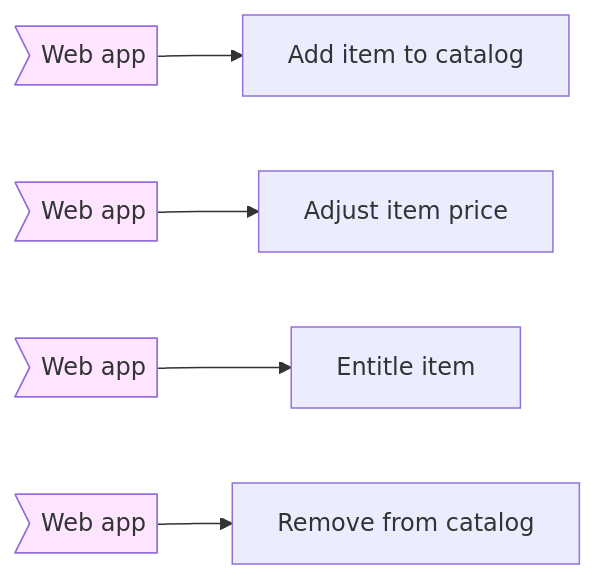
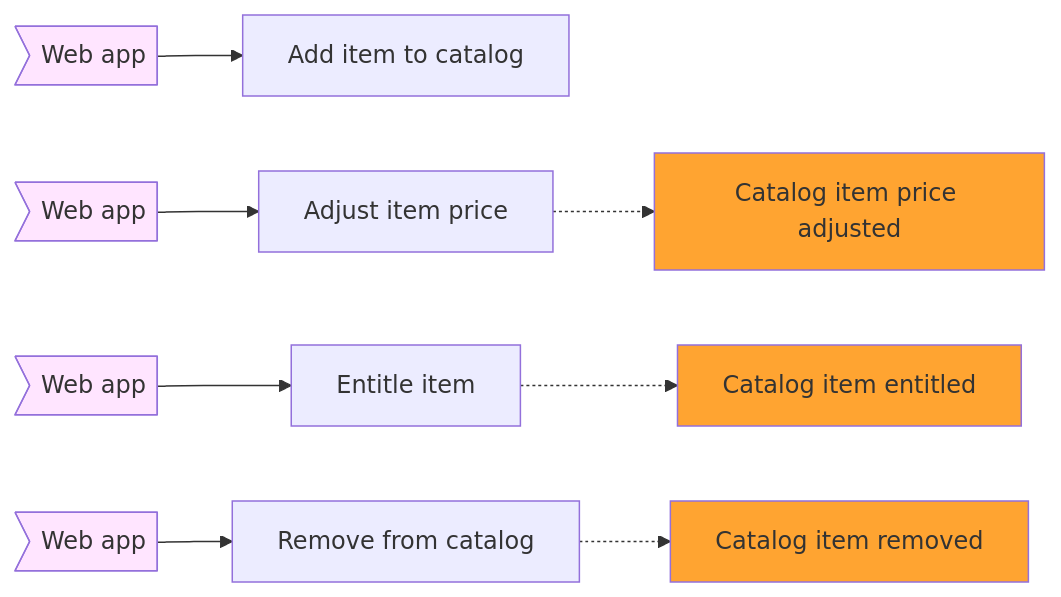
The second of 2 diagrams in src/SolutionExample/Example/bounded_context_canvas.md (pierregillon/BoundedContextCanvasGenerator), drawn with Mermaid before and after one commit. The commit also changed other lines of this file and 22 other files, not shown here.

````diff
--- a/src/SolutionExample/Example/bounded_context_canvas.md
+++ b/src/SolutionExample/Example/bounded_context_canvas.md
@@ -52,20 +59,30 @@
 ```mermaid
 flowchart LR
     classDef collaborators fill:#FFE5FF;
+    classDef domainEvents fill:#FFA431;
     CatalogApplicationItemsAddItemToCatalogCommand["Add item to catalog"]
     CatalogApplicationItemsAddItemToCatalogCommandWebAppCollaborator>"Web app"]
     class CatalogApplicationItemsAddItemToCatalogCommandWebAppCollaborator collaborators;
     CatalogApplicationItemsAdjustItemPriceCommand["Adjust item price"]
     CatalogApplicationItemsAdjustItemPriceCommandWebAppCollaborator>"Web app"]
     class CatalogApplicationItemsAdjustItemPriceCommandWebAppCollaborator collaborators;
+    CatalogDomainItemsEventsCatalogItemPriceAdjusted["Catalog item price adjusted"]
+    class CatalogDomainItemsEventsCatalogItemPriceAdjusted domainEvents;
     CatalogApplicationItemsEntitleItemCommand["Entitle item"]
     CatalogApplicationItemsEntitleItemCommandWebAppCollaborator>"Web app"]
     class CatalogApplicationItemsEntitleItemCommandWebAppCollaborator collaborators;
+    CatalogDomainItemsEventsCatalogItemEntitled["Catalog item entitled"]
+    class CatalogDomainItemsEventsCatalogItemEntitled domainEvents;
     CatalogApplicationItemsRemoveFromCatalogCommand["Remove from catalog"]
     CatalogApplicationItemsRemoveFromCatalogCommandWebAppCollaborator>"Web app"]
     class CatalogApplicationItemsRemoveFromCatalogCommandWebAppCollaborator collaborators;
+    CatalogDomainItemsEventsCatalogItemRemoved["Catalog item removed"]
+    class CatalogDomainItemsEventsCatalogItemRemoved domainEvents;
     CatalogApplicationItemsAddItemToCatalogCommandWebAppCollaborator --> CatalogApplicationItemsAddItemToCatalogCommand
     CatalogApplicationItemsAdjustItemPriceCommandWebAppCollaborator --> CatalogApplicationItemsAdjustItemPriceCommand
+    CatalogApplicationItemsAdjustItemPriceCommand -.-> CatalogDomainItemsEventsCatalogItemPriceAdjusted
     CatalogApplicationItemsEntitleItemCommandWebAppCollaborator --> CatalogApplicationItemsEntitleItemCommand
+    CatalogApplicationItemsEntitleItemCommand -.-> CatalogDomainItemsEventsCatalogItemEntitled
     CatalogApplicationItemsRemoveFromCatalogCommandWebAppCollaborator --> CatalogApplicationItemsRemoveFromCatalogCommand
+    CatalogApplicationItemsRemoveFromCatalogCommand -.-> CatalogDomainItemsEventsCatalogItemRemoved
 ```
````
